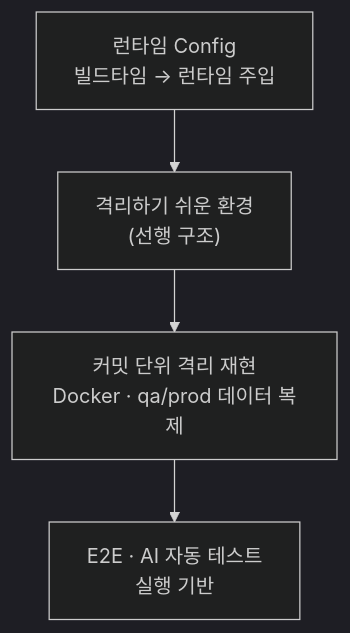
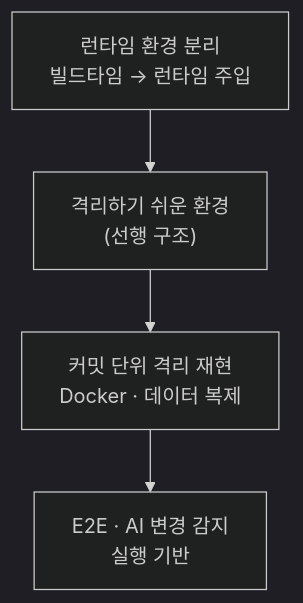
One commit to crowwan/resume changed the third of 4 diagrams in portfolio.md. Above: the diagram before and after it, drawn with Mermaid (dark theme). The commit also changed other lines of this file and 7 other files, not shown here.

````diff
--- a/portfolio.md
+++ b/portfolio.md
@@ -109,6 +109,6 @@
 ```mermaid
 flowchart TD
-  R["런타임 Config<br/>빌드타임 → 런타임 주입"] --> M["격리하기 쉬운 환경<br/>(선행 구조)"]
-  M --> I["커밋 단위 격리 재현<br/>Docker · qa/prod 데이터 복제"]
-  I --> E["E2E · AI 자동 테스트<br/>실행 기반"]
+  R["런타임 환경 분리<br/>빌드타임 → 런타임 주입"] --> M["격리하기 쉬운 환경<br/>(선행 구조)"]
+  M --> I["커밋 단위 격리 재현<br/>Docker · 데이터 복제"]
+  I --> E["E2E · AI 변경 감지<br/>실행 기반"]
 ```
````
